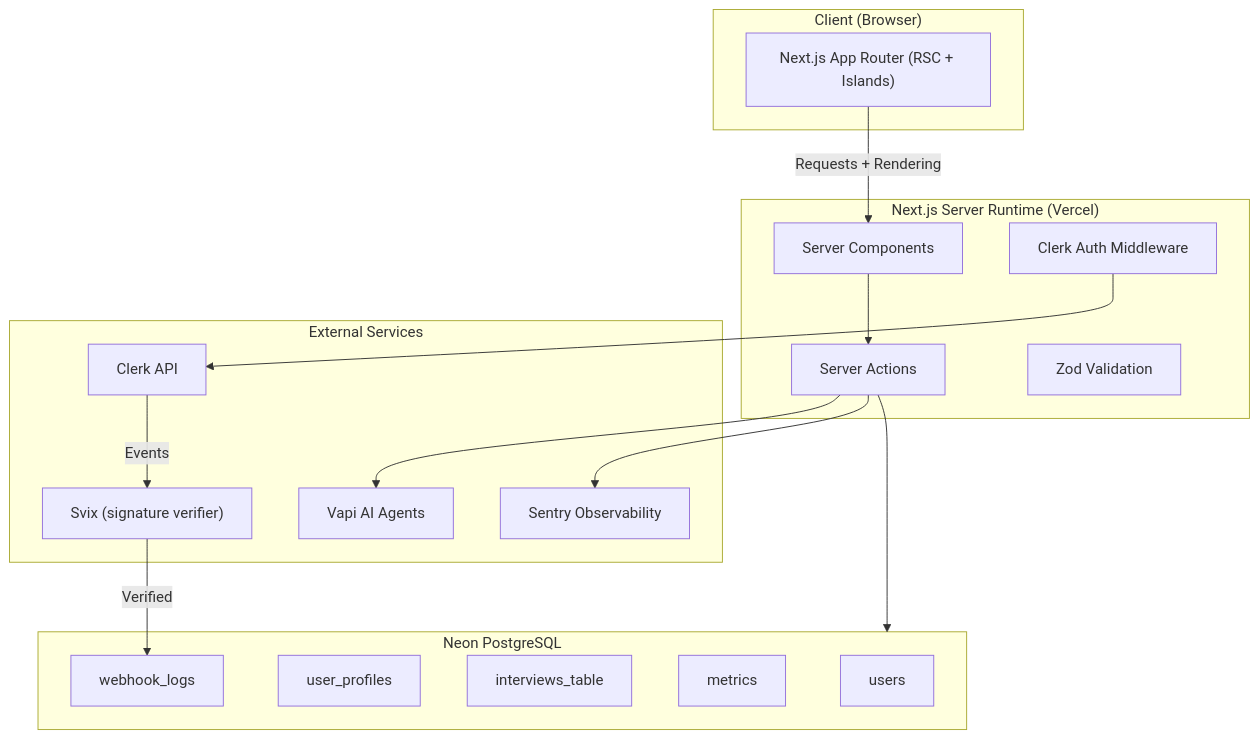
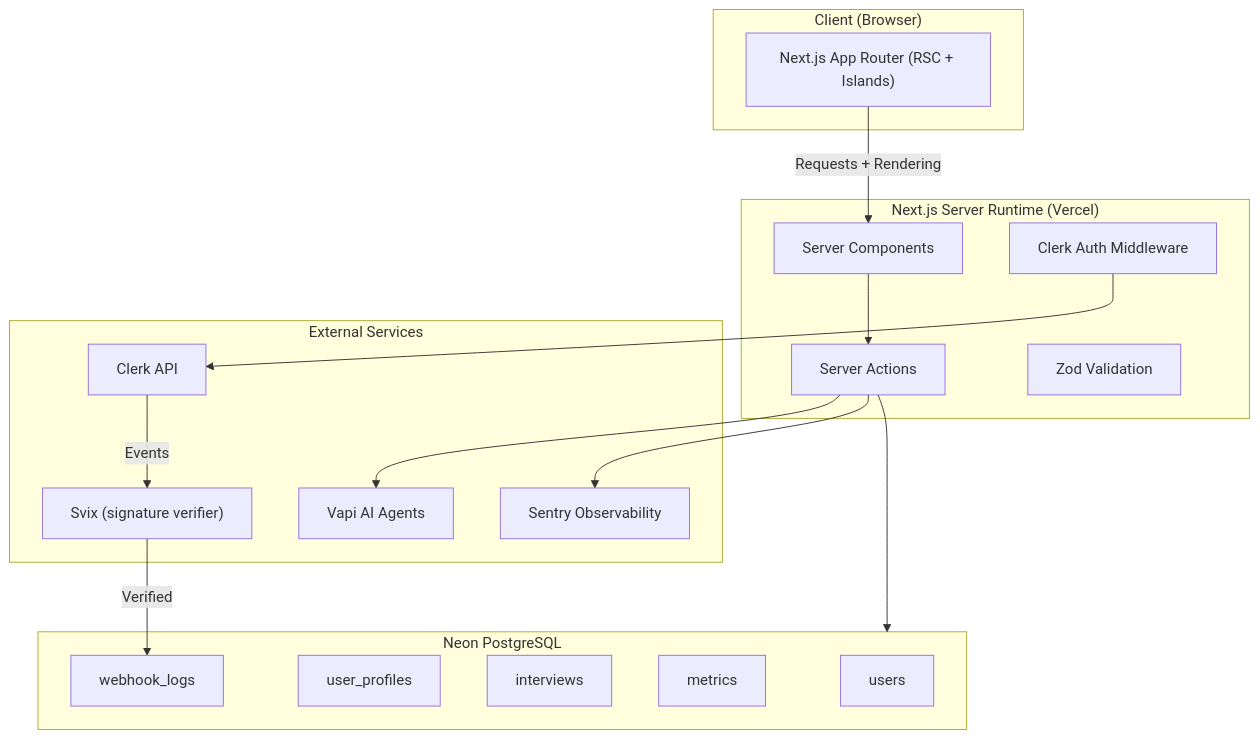
Before and after one commit to MarceM1/demo_AscendIA: the first of 13 diagrams in docs/ARCHITECTURE_DIAGRAMS.md, drawn with Mermaid. The commit also changed other lines of this file and 8 other files, not shown here.

````diff
--- a/docs/ARCHITECTURE_DIAGRAMS.md
+++ b/docs/ARCHITECTURE_DIAGRAMS.md
@@ -33,37 +33,37 @@
 ```mermaid
 flowchart TB
     subgraph Client["Client (Browser)"]
         UI["Next.js App Router (RSC + Islands)"]
     end
 
     subgraph Server["Next.js Server Runtime (Vercel)"]
         SC["Server Components"]
         SA["Server Actions"]
         AUTH["Clerk Auth Middleware"]
         VAL["Zod Validation"]
     end
 
     subgraph DB["Neon PostgreSQL"]
         USERS["users"]
         PROFILES["user_profiles"]
-        INTERVIEWS["interviews_table"]
+        INTERVIEWS["interviews"]
         METRICS["metrics"]
         WEBHOOKS["webhook_logs"]
     end
 
     subgraph External["External Services"]
         ClerkAPI["Clerk API"]
         Svix["Svix (signature verifier)"]
         Vapi["Vapi AI Agents"]
         Sentry["Sentry Observability"]
     end
 
     UI -->|Requests + Rendering| SC
     SC --> SA
     SA --> DB
     SA --> Vapi
     SA --> Sentry
 
     AUTH --> ClerkAPI
     ClerkAPI -->|Events| Svix -->|Verified| WEBHOOKS
 ```
````
